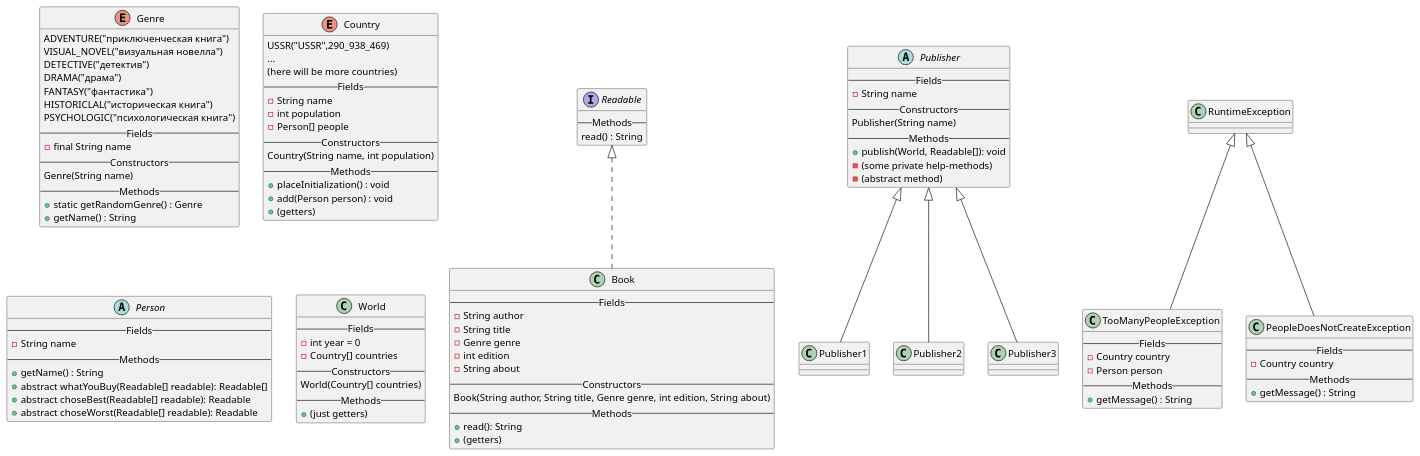
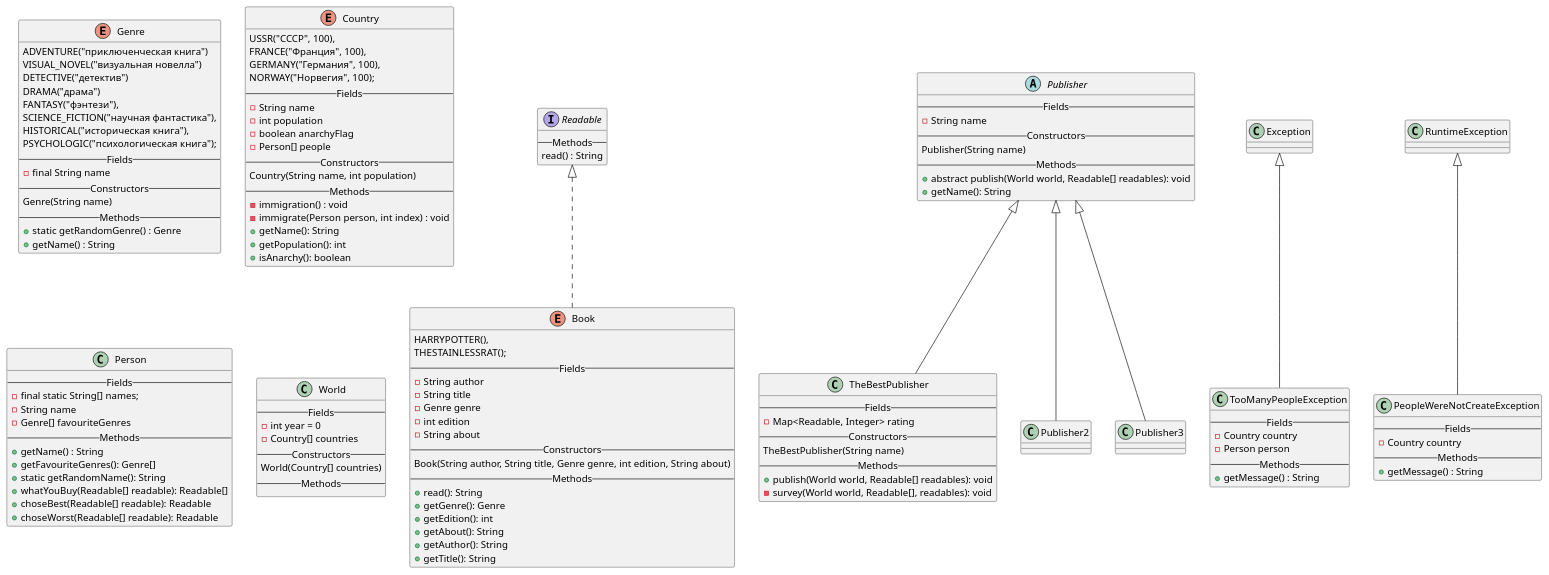
The diagram in TheBestUML.puml (Andryss/TheBestRealizationLabWork4), drawn with PlantUML before and after one commit. The commit also changed 12 other files, not shown here.

Commit message:
Some changes in puml Added first realisation of Lab4

```diff
--- a/TheBestUML.puml
+++ b/TheBestUML.puml
@@ -1,151 +1,161 @@
 @startuml
 'Текст задания:
 '
 'Издательская компания «Эксмо» совместно с Hoff представила данные по
 'книжным предпочтениям россиян в 2021 году: абсолютным лидером продаж
 'стали книги (издание и переиздание) Михаила Лабковского «Хочу и буду»,
 'сообщили в пресс-службе.
 '
 'Книги психолога лидировали по продажам по всей стране: за год было
 'продано более 129 тыс. экземпляров первого издания и 34,5 тыс. второго.
 '
 'На втором месте по популярности у покупателей детектив «Внутри убийцы»
 'израильского писателя Майка Омера (более 92 тыс. экземпляров) про
 'криминального психолога-женщину, расследующую череду жестоких
 'преступлений. Тройку лидеров продаж замыкает роман «Transhumanism inc.»
 'Виктора Пелевина — новинка российского автора разошлась в количестве 71
 'тыс. экземпляров.
 
 enum Genre {
 ADVENTURE("приключенческая книга")
 VISUAL_NOVEL("визуальная новелла")
 DETECTIVE("детектив")
 DRAMA("драма")
-FANTASY("фантастика")
-HISTORICLAL("историческая книга")
-PSYCHOLOGIC("психологическая книга")
+FANTASY("фэнтези"),
+SCIENCE_FICTION("научная фантастика"),
+HISTORICAL("историческая книга"),
+PSYCHOLOGIC("психологическая книга");
 --Fields--
 - final String name
 --Constructors--
 Genre(String name)
 --Methods--
 'dont understand "collision problem"
 'I think all is OK
 + static getRandomGenre() : Genre
 + getName() : String
 }
 
-'i have an idea how to create Person[]
+'i have an idea how to create TheBestLab4.Person[]
 enum Country{
-USSR("USSR",290_938_469)
-...
-(here will be more countries)
+USSR("СССР", 100),
+FRANCE("Франция", 100),
+GERMANY("Германия", 100),
+NORWAY("Норвегия", 100);
 --Fields--
 - String name
 - int population
+- boolean anarchyFlag
 'persons-heap :)
 - Person[] people
 --Constructors--
 Country(String name, int population)
 --Methods--
-'in this method we will create Person[]
-'name of method must be better
-+ placeInitialization() : void
-'in this method we will append Person in Persons-heap
-+ add(Person person) : void
-+ (getters)
+- immigration() : void
+- immigrate(Person person, int index) : void
++ getName(): String
++ getPopulation(): int
++ isAnarchy(): boolean
 }
 
 interface Readable {
 --Methods--
 'this method will return info about readable
-'so Book.read() should return String with author, title, genre, about fields
+'so TheBestLab4.Book.read() should return String with author, title, genre, about fields
 read() : String
 }
 
-class Book implements Readable {
+enum Book implements Readable {
+HARRYPOTTER(),
+THESTAINLESSRAT();
 --Fields--
-'delete year field
 - String author
 - String title
 - Genre genre
 - int edition
 - String about
 --Constructors--
 Book(String author, String title, Genre genre, int edition, String about)
 --Methods--
-'there is the method, which mix all info
-'about book in one String and return it
 + read(): String
-'it is read, because Readable
-+ (getters)
++ getGenre(): Genre
++ getEdition(): int
++ getAbout(): String
++ getAuthor(): String
++ getTitle(): String
 }
 
-
-abstract class Person {
+class Person {
 --Fields--
+- final static String[] names;
 - String name
+- Genre[] favouriteGenres
 --Methods--
 + getName() : String
-+ abstract whatYouBuy(Readable[] readable): Readable[]
-+ abstract choseBest(Readable[] readable): Readable
-+ abstract choseWorst(Readable[] readable): Readable
++ getFavouriteGenres(): Genre[]
++ static getRandomName(): String
++ whatYouBuy(Readable[] readable): Readable[]
++ choseBest(Readable[] readable): Readable
++ choseWorst(Readable[] readable): Readable
 }
 
 abstract class Publisher {
 --Fields--
 - String name
 --Constructors--
 Publisher(String name)
 --Methods--
-'i think it should be void but print all info in stdout
-'this method should ask all people in the World about Readable[]
-+ publish(World, Readable[]): void
-- (some private help-methods)
-- (abstract method)
++ abstract publish(World world, Readable[] readables): void
++ getName(): String
 }
 
-'names must be better
-class Publisher1 extends Publisher {
-'publisher which invokes whatYouBuy method
+
+class TheBestPublisher extends Publisher {
+--Fields--
+- Map<Readable, Integer> rating
+--Constructors--
+TheBestPublisher(String name)
+--Methods--
++ publish(World world, Readable[] readables): void
+- survey(World world, Readable[], readables): void
 }
 
 class Publisher2 extends Publisher {
 'publisher which invokes choseBest method
 }
 
 class Publisher3 extends Publisher {
 'publisher which invokes choseWorst method
 }
 
 class World {
 --Fields--
 - int year = 0
 - Country[] countries
 --Constructors--
 World(Country[] countries)
 --Methods--
-'i think publisher must ask persons
-'+ makeCountryChoose(Country country): void
-'+ getResults(): Book[]
-+ (just getters)
 }
 
-class TooManyPeopleException extends RuntimeException {
-'we want to have more Persons than Person[] can contain
+class TooManyPeopleException extends Exception {
+'we want to have more Persons than TheBestLab4.Person[] can contain
 --Fields--
 - Country country
+' The idea is that we can continue with our program, but
+' if we have more People than possible the anarchy starts in country
+' and we can't ask people in it about books
+' funny)))
 - Person person
 --Methods--
 + getMessage() : String
 }
 
-class PeopleDoesNotCreateException extends RuntimeException {
-'we want to add Person and Person[] is null (not created)
+class PeopleWereNotCreateException extends RuntimeException {
+'we want to add TheBestLab4.Person and TheBestLab4.Person[] is null (not created)
 --Fields--
 - Country country
 --Methods--
 + getMessage() : String
 }
 
 @enduml
```
